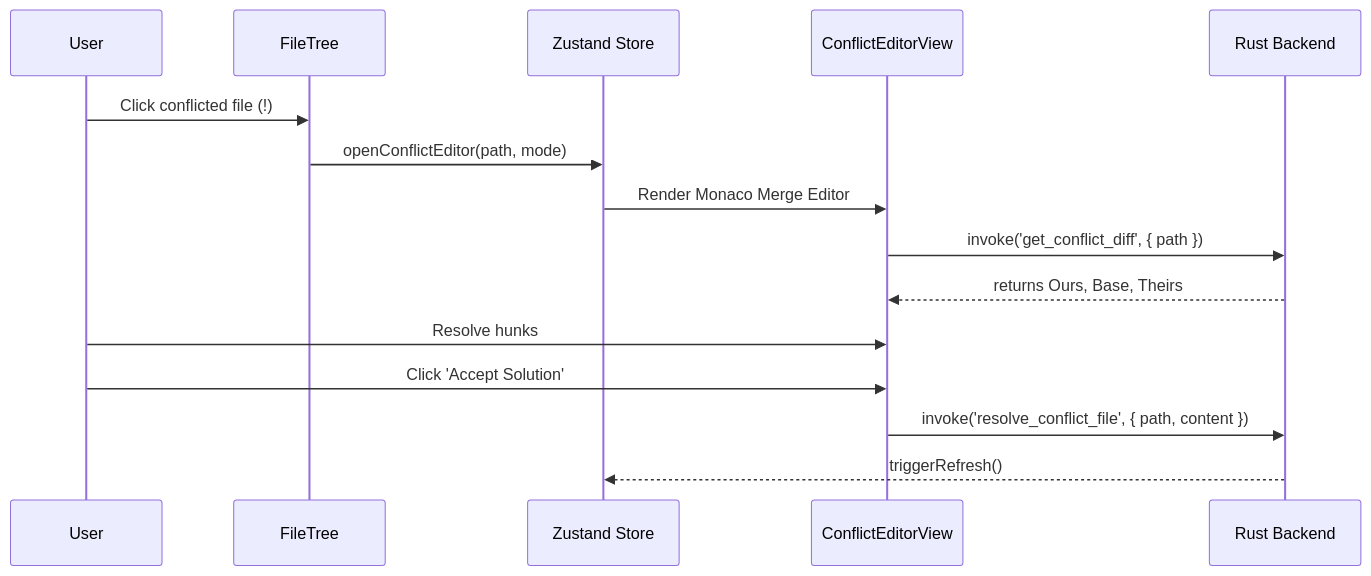
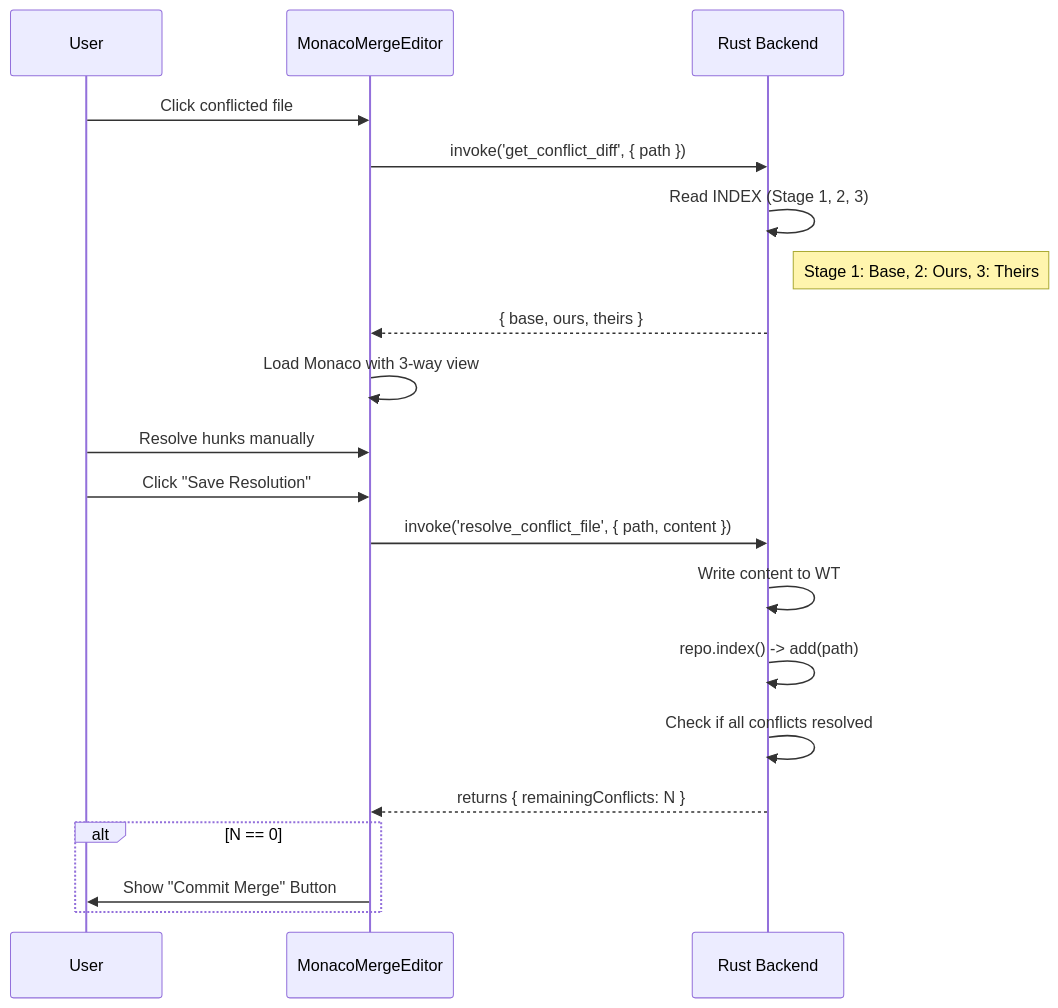
The fifth of 6 diagrams in docs/user_flow.md (TrungHieu0107/git-helper), drawn with Mermaid before and after one commit. The commit also changed other lines of this file and 2 other files, not shown here.

Commit message:
docs: ultra-detailed technical mapping of user flows

````diff
--- a/docs/user_flow.md
+++ b/docs/user_flow.md
@@ -149,18 +166,26 @@
 ```mermaid
 sequenceDiagram
     participant User
-    participant Tree as FileTree
-    participant Store as Zustand Store
-    participant Editor as ConflictEditorView
+    participant Editor as MonacoMergeEditor
     participant Backend as Rust Backend
 
-    User->>Tree: Click conflicted file (!)
-    Tree->>Store: openConflictEditor(path, mode)
-    Store->>Editor: Render Monaco Merge Editor
+    User->>Editor: Click conflicted file
     Editor->>Backend: invoke('get_conflict_diff', { path })
-    Backend-->>Editor: returns Ours, Base, Theirs
-    User->>Editor: Resolve hunks
-    User->>Editor: Click 'Accept Solution'
+    Backend->>Backend: Read INDEX (Stage 1, 2, 3)
+    Note right of Backend: Stage 1: Base, 2: Ours, 3: Theirs
+    Backend-->>Editor: { base, ours, theirs }
+    
+    Editor->>Editor: Load Monaco with 3-way view
+    User->>Editor: Resolve hunks manually
+    User->>Editor: Click "Save Resolution"
+    
     Editor->>Backend: invoke('resolve_conflict_file', { path, content })
-    Backend-->>Store: triggerRefresh()
+    Backend->>Backend: Write content to WT
+    Backend->>Backend: repo.index() -> add(path)
+    Backend->>Backend: Check if all conflicts resolved
+    Backend-->>Editor: returns { remainingConflicts: N }
+    
+    alt N == 0
+        Editor->>User: Show "Commit Merge" Button
+    end
 ```
````
